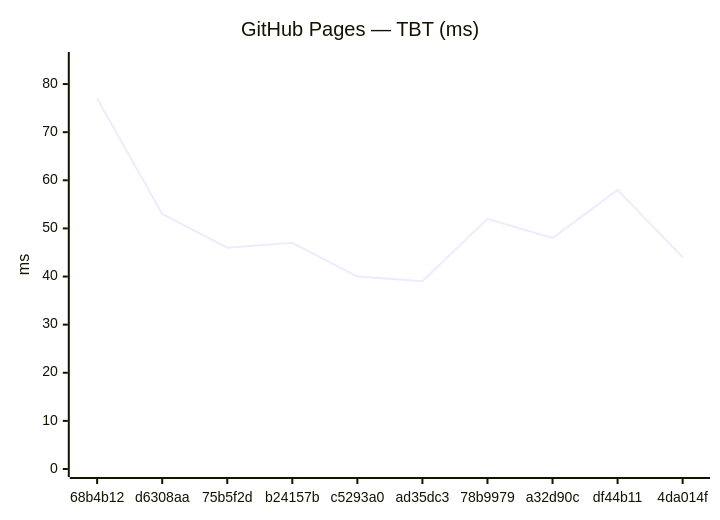
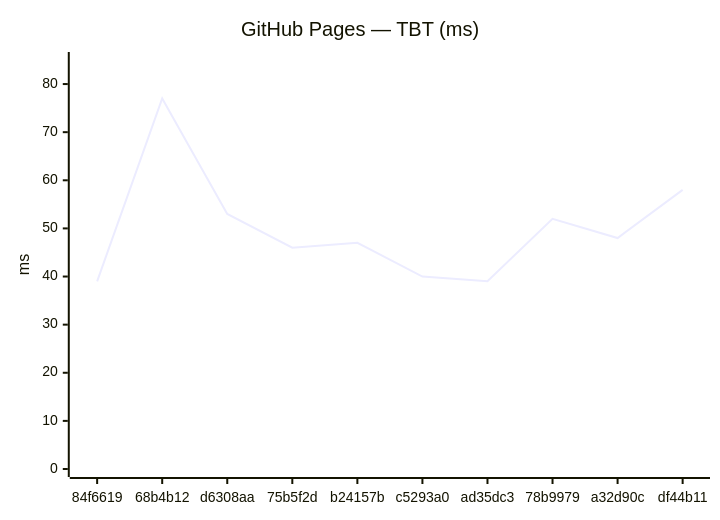
The fourth of 18 diagrams in benchmarks/compare.md (Metaheurist/Rianell), drawn with Mermaid before and after one commit. The commit also changed other lines of this file and 12 other files, not shown here.

````diff
--- a/benchmarks/compare.md
+++ b/benchmarks/compare.md
@@ -61,7 +61,7 @@
 ```mermaid
 xychart-beta
     title "GitHub Pages — TBT (ms)"
-    x-axis ["68b4b12", "d6308aa", "75b5f2d", "b24157b", "c5293a0", "ad35dc3", "78b9979", "a32d90c", "df44b11", "4da014f"]
+    x-axis ["84f6619", "68b4b12", "d6308aa", "75b5f2d", "b24157b", "c5293a0", "ad35dc3", "78b9979", "a32d90c", "df44b11"]
     y-axis "ms" 0 --> 85
-    line [77, 53, 46, 47, 40, 39, 52, 48, 58, 44]
+    line [39, 77, 53, 46, 47, 40, 39, 52, 48, 58]
 ```
````
